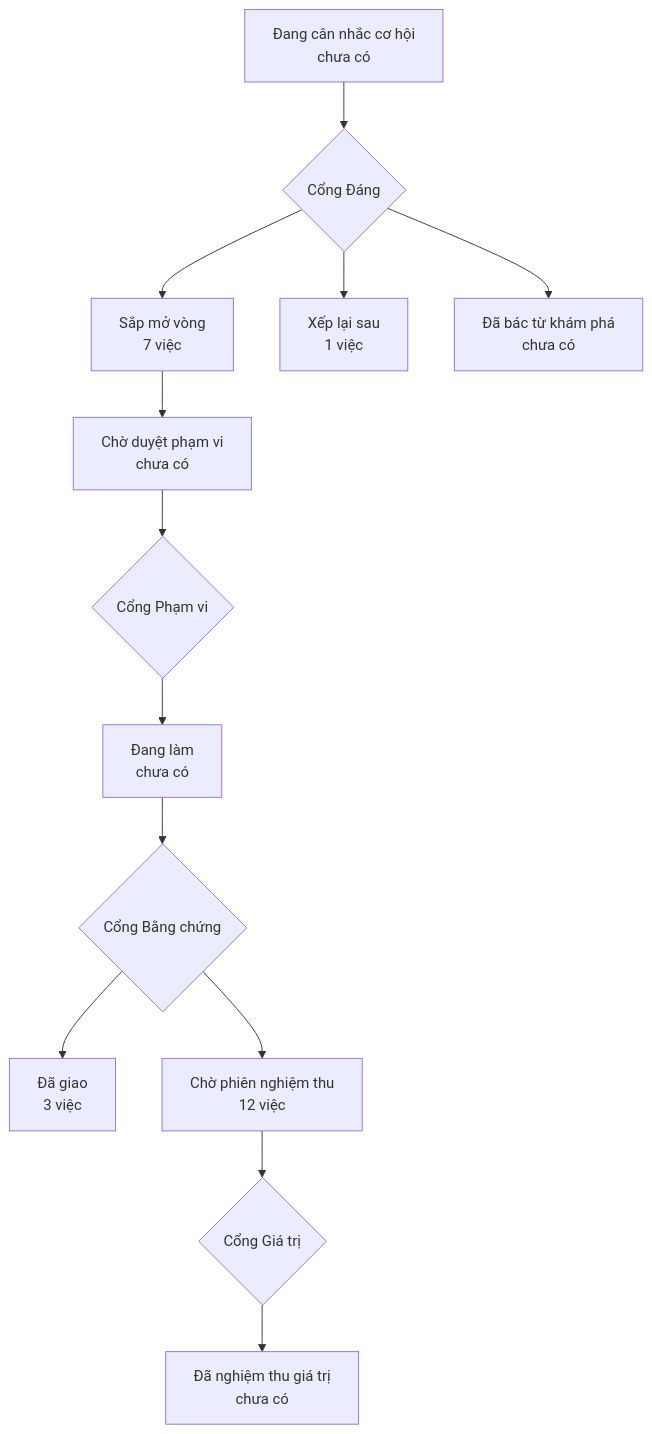
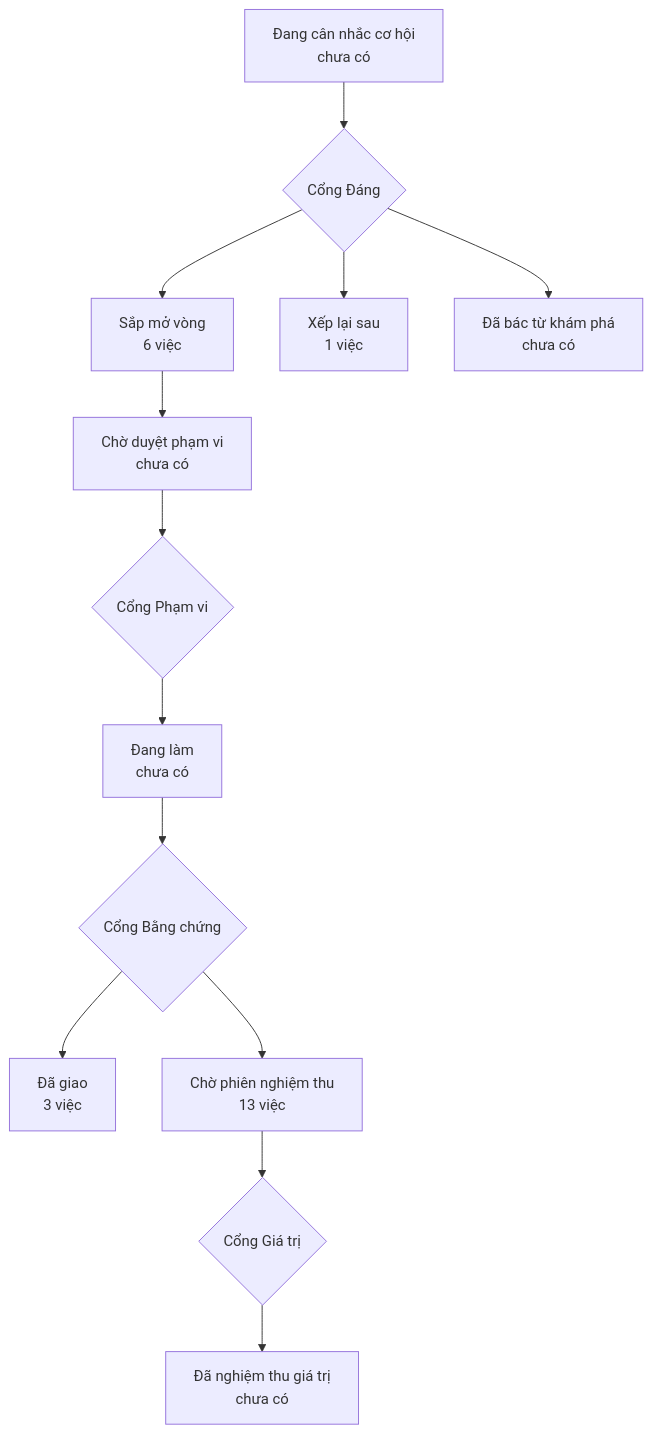
One commit to phanlemanh/onehub-quy-hang changed the diagram in PRODUCT-MAP.md. Above: the diagram before and after it, drawn with Mermaid. The commit also changed 1 other file, not shown here.

Commit message:
chore(product-map): vẽ lại sau khi gộp main

````diff
--- a/PRODUCT-MAP.md
+++ b/PRODUCT-MAP.md
@@ -7,12 +7,12 @@
 ```mermaid
 flowchart TD
   A["Đang cân nhắc cơ hội<br/>chưa có"] --> GD{"Cổng Đáng"}
-  GD --> B["Sắp mở vòng<br/>7 việc"]
+  GD --> B["Sắp mở vòng<br/>6 việc"]
   GD --> XL["Xếp lại sau<br/>1 việc"]
   GD --> DB["Đã bác từ khám phá<br/>chưa có"]
   B --> CD["Chờ duyệt phạm vi<br/>chưa có"] --> GP{"Cổng Phạm vi"}
   GP --> DL["Đang làm<br/>chưa có"] --> GB{"Cổng Bằng chứng"}
   GB --> DG["Đã giao<br/>3 việc"]
-  GB --> CN["Chờ phiên nghiệm thu<br/>12 việc"] --> GG{"Cổng Giá trị"}
+  GB --> CN["Chờ phiên nghiệm thu<br/>13 việc"] --> GG{"Cổng Giá trị"}
   GG --> NT["Đã nghiệm thu giá trị<br/>chưa có"]
 ```
````
